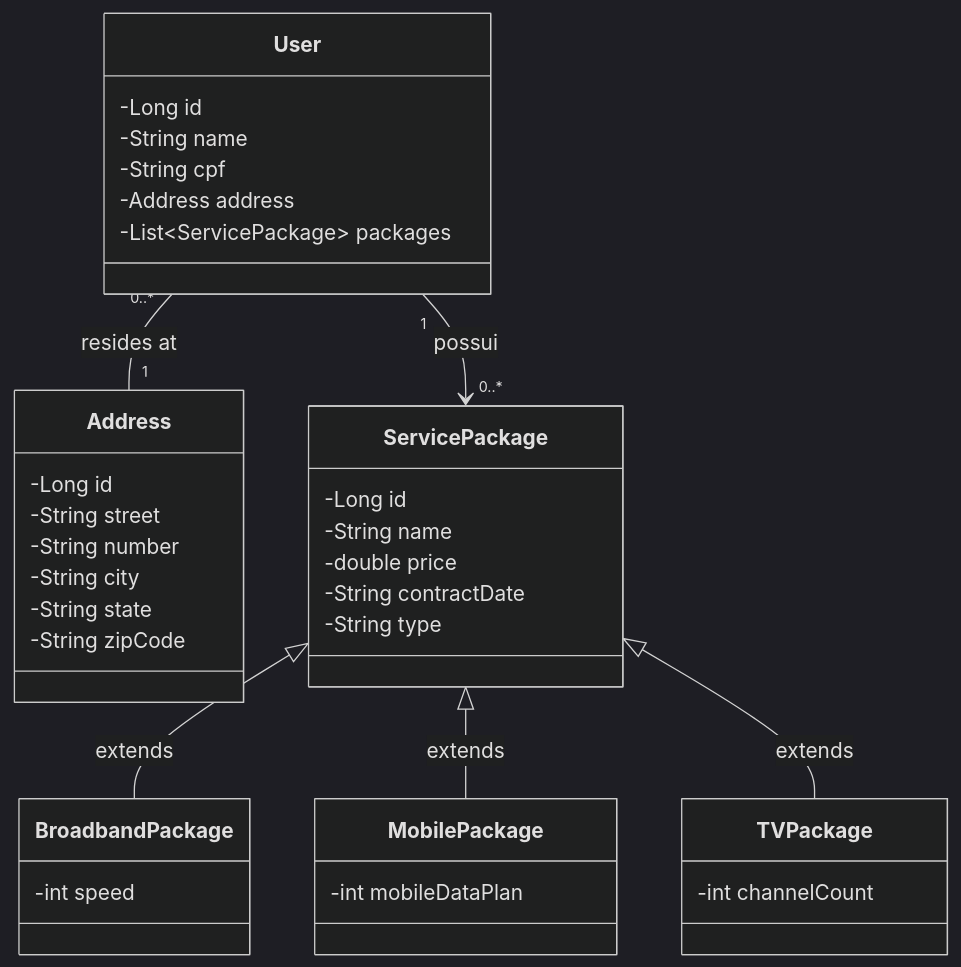
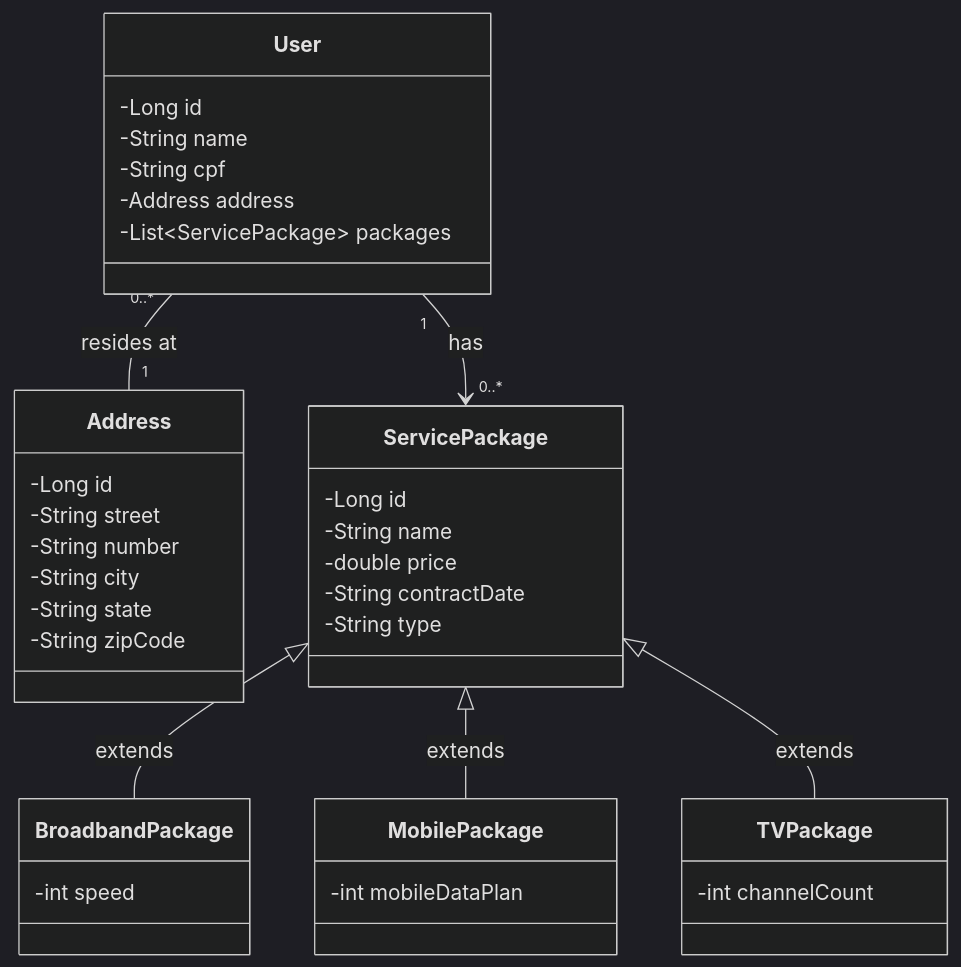
Before and after one commit to dev-ssperandio/desafio-de-projeto-portal-multisservicos: the diagram in README.md, drawn with Mermaid (dark theme).

````diff
--- a/README.md
+++ b/README.md
@@ -13,45 +13,45 @@
 ```mermaid
 classDiagram
     class User {
         -Long id
         -String name
         -String cpf
         -Address address
         -List~ServicePackage~ packages
     }
 
     class Address {
         -Long id
         -String street
         -String number
         -String city
         -String state
         -String zipCode
     }
 
     class ServicePackage {
         -Long id
         -String name
         -double price
         -String contractDate
         -String type
     }
 
     class BroadbandPackage {
         -int speed
     }
 
     class MobilePackage {
         -int mobileDataPlan
     }
 
     class TVPackage {
         -int channelCount
     }
 
-    User "1" --> "0..*" ServicePackage : possui
+    User "1" --> "0..*" ServicePackage : has
     User "0..*" -- "1" Address : resides at
     ServicePackage <|-- BroadbandPackage : extends
     ServicePackage <|-- MobilePackage : extends
     ServicePackage <|-- TVPackage : extends
 ```
````
